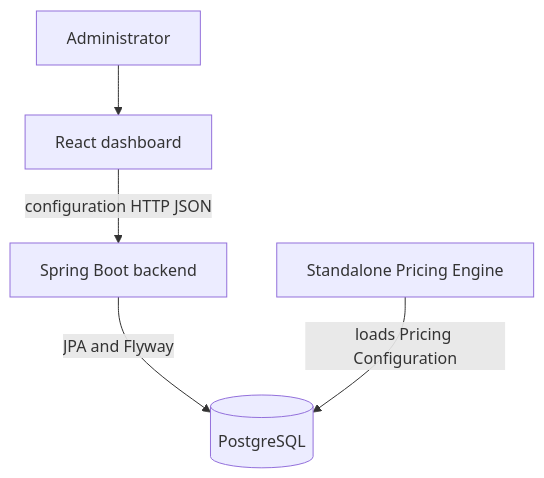
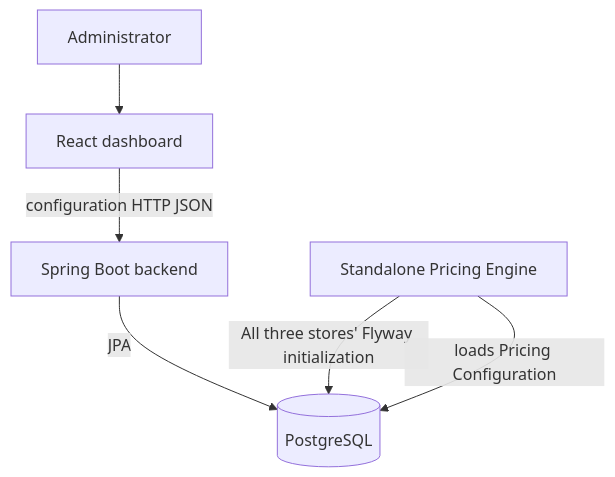
One commit to DerekThree/pricing-app changed the diagram in docs/agents/wiki/00 Home/Project Knowledge Home.md. Above: the diagram before and after it, drawn with Mermaid. The commit also changed other lines of this file and 11 other files, not shown here.

````diff
--- a/docs/agents/wiki/00 Home/Project Knowledge Home.md
+++ b/docs/agents/wiki/00 Home/Project Knowledge Home.md
@@ -38,7 +39,8 @@
 ```mermaid
 flowchart TB
     Admin[Administrator] --> Dashboard[React dashboard]
     Dashboard -->|configuration HTTP JSON| Backend[Spring Boot backend]
-    Backend -->|JPA and Flyway| PostgreSQL[(PostgreSQL)]
+    Backend -->|JPA| PostgreSQL[(PostgreSQL)]
+    Engine -->|All three stores' Flyway initialization| PostgreSQL
     Engine[Standalone Pricing Engine] -->|loads Pricing Configuration| PostgreSQL
 ```
````
